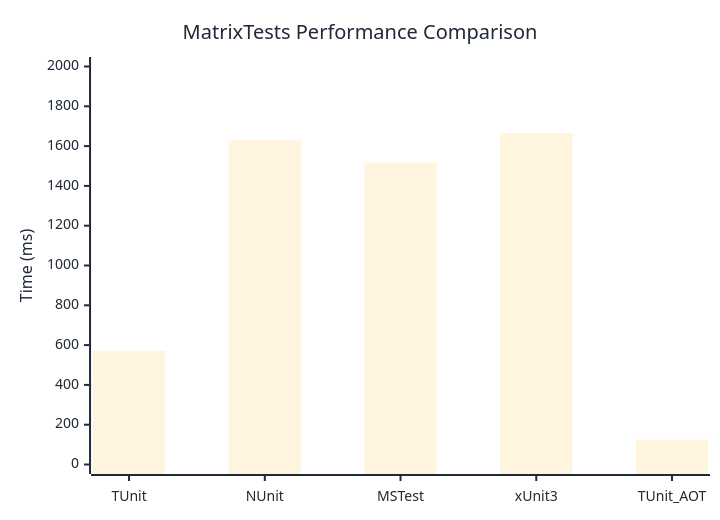
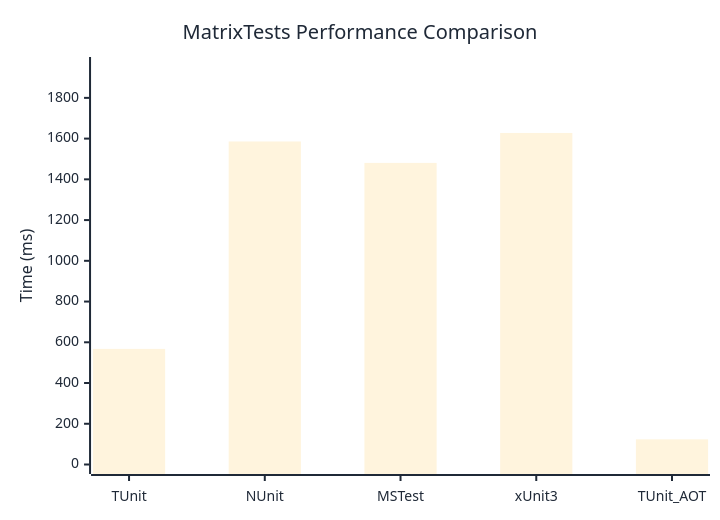
The diagram in docs/docs/benchmarks/MatrixTests.md (thomhurst/TUnit), drawn with Mermaid before and after one commit. The commit also changed other lines of this file and 17 other files, not shown here.

````diff
--- a/docs/docs/benchmarks/MatrixTests.md
+++ b/docs/docs/benchmarks/MatrixTests.md
@@ -27,37 +27,37 @@
 ```mermaid
 %%{init: {
   'theme':'base',
   'themeVariables': {
     'primaryColor': '#2563eb',
     'primaryTextColor': '#1f2937',
     'primaryBorderColor': '#1e40af',
     'lineColor': '#6b7280',
     'secondaryColor': '#7c3aed',
     'tertiaryColor': '#dc2626',
     'background': '#ffffff',
     'mainBkg': '#2563eb',
     'secondBkg': '#7c3aed',
     'tertiaryBkg': '#dc2626',
     'clusterBkg': '#f3f4f6',
     'edgeLabelBackground': '#ffffff',
     'tertiaryTextColor': '#1f2937',
     'pie1': '#2563eb',
     'pie2': '#7c3aed',
     'pie3': '#dc2626',
     'pie4': '#f59e0b',
     'pie5': '#10b981',
     'pie6': '#06b6d4',
     'pie7': '#ec4899',
     'pie8': '#6366f1',
     'pie9': '#84cc16',
     'pie10': '#f97316',
     'pie11': '#14b8a6',
     'pie12': '#a855f7'
   }
 }}%%
 xychart-beta
   title "MatrixTests Performance Comparison"
   x-axis ["TUnit", "NUnit", "MSTest", "xUnit3", "TUnit_AOT"]
-  y-axis "Time (ms)" 0 --> 2000
-  bar [571.6, 1629.5, 1516, 1666.2, 124.8]
+  y-axis "Time (ms)" 0 --> 1954
+  bar [567.5, 1585.9, 1480.7, 1627.7, 123.5]
 ```
````
